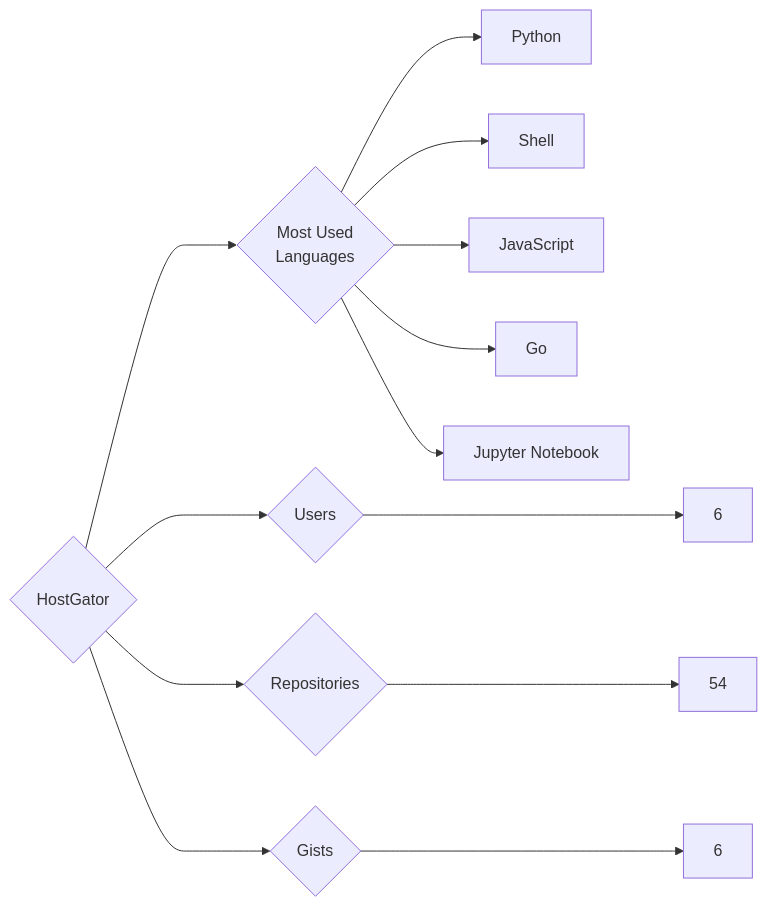
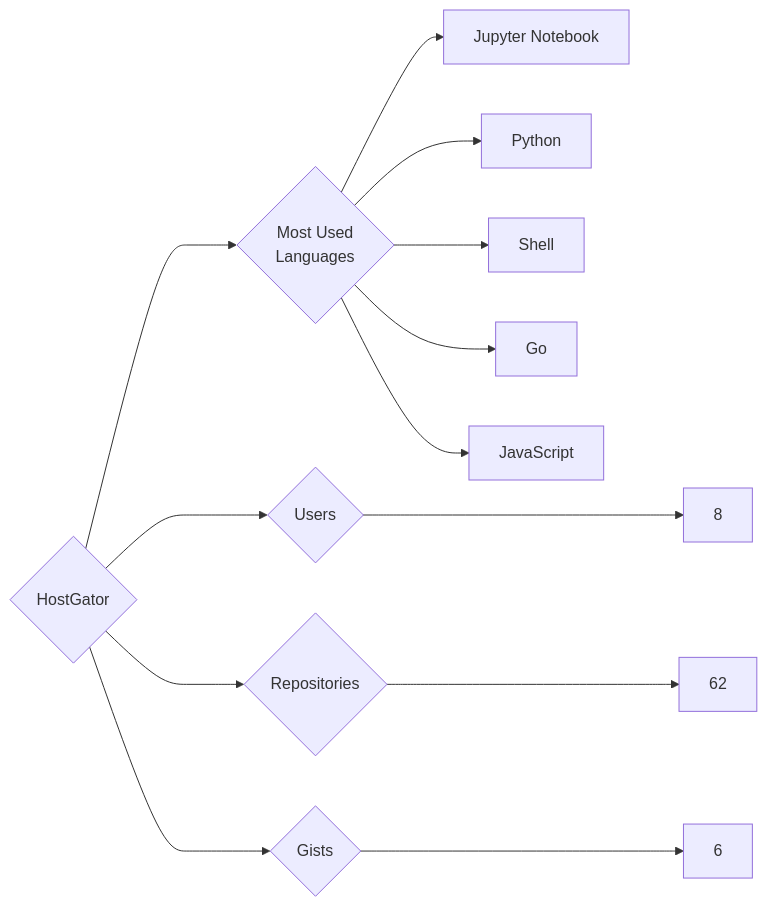
The diagram in targets/HostGator/README.md (trickest/insiders), drawn with Mermaid before and after one commit. The commit also changed 895 other files, not shown here.

````diff
--- a/targets/HostGator/README.md
+++ b/targets/HostGator/README.md
@@ -3,13 +3,13 @@
 ```mermaid
 graph LR
 COMPANY_NAME{HostGator}
-COMPANY_NAME ---> U{Users} ---> UN[6]
-COMPANY_NAME ---> R{Repositories} ---> RN[54]
+COMPANY_NAME ---> U{Users} ---> UN[8]
+COMPANY_NAME ---> R{Repositories} ---> RN[62]
 COMPANY_NAME ---> G{Gists} ---> GN[6]
 COMPANY_NAME ---> ML{Most Used<br>Languages}
+ML --> Jupyter_Notebook[Jupyter Notebook]
 ML --> Python[Python]
 ML --> Shell[Shell]
+ML --> Go[Go]
 ML --> JavaScript[JavaScript]
-ML --> Go[Go]
-ML --> Jupyter_Notebook[Jupyter Notebook]
 ```
````
